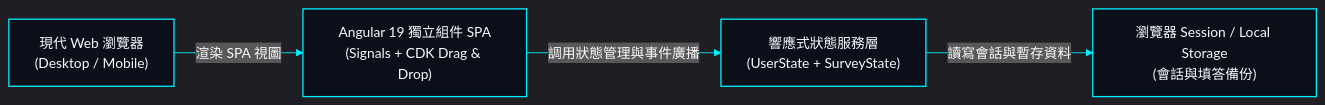
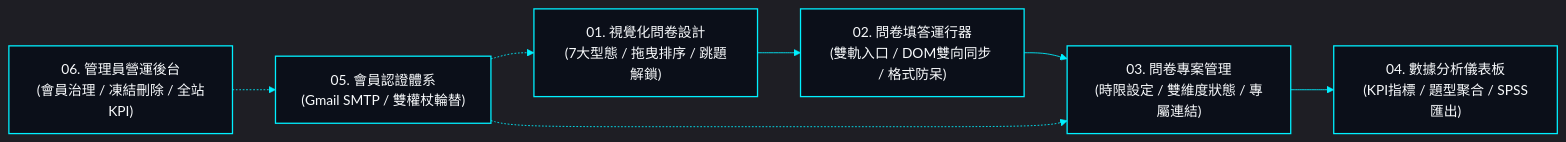
One commit to EricXJason/survey-flow changed the diagram in docs/system-design/01-overview.md. Above: the diagram before and after it, drawn with Mermaid. The commit also changed other lines of this file and 33 other files, not shown here.

````diff
--- a/docs/system-design/01-overview.md
+++ b/docs/system-design/01-overview.md
@@ -42,14 +27,17 @@
 ```mermaid
-%%{init: {'theme': 'dark', 'themeVariables': { 'darkMode': true, 'background': '#030712', 'primaryColor': '#0b0f19', 'primaryTextColor': '#f8fafc', 'primaryBorderColor': '#00f0ff', 'lineColor': '#00f0ff', 'textColor': '#f8fafc' }, 'flowchart': { 'curve': 'linear' } }}%%
+%%{init: {'theme': 'dark', 'themeVariables': { 'darkMode': true, 'background': '#030712', 'primaryColor': '#0b0f19', 'primaryTextColor': '#f8fafc', 'primaryBorderColor': '#00f0ff', 'lineColor': '#00f0ff', 'edgeLabelBackground': 'transparent', 'fontFamily': 'system-ui, sans-serif' }}}%%
 flowchart LR
     classDef hudCard fill:#0b0f19,stroke:#00f0ff,stroke-width:1.5px,color:#f8fafc,rx:0px,ry:0px;
 
-    Browser["現代 Web 瀏覽器<br/>(Desktop / Mobile)"]:::hudCard
-    SPA["Angular 19 獨立組件 SPA<br/>(Signals + CDK Drag & Drop)"]:::hudCard
-    StateLayer["響應式狀態服務層<br/>(UserState + SurveyState)"]:::hudCard
-    SessionStorageCache["瀏覽器 Session / Local Storage<br/>(會話與填答備份)"]:::hudCard
+    M1["01. 視覺化問卷設計<br/>(7大型態 / 拖曳排序 / 跳題解鎖)"]:::hudCard
+    M2["02. 問卷填答運行器<br/>(雙軌入口 / DOM雙向同步 / 格式防呆)"]:::hudCard
+    M3["03. 問卷專案管理<br/>(時限設定 / 雙維度狀態 / 專屬連結)"]:::hudCard
+    M4["04. 數據分析儀表板<br/>(KPI指標 / 題型聚合 / SPSS匯出)"]:::hudCard
+    M5["05. 會員認證體系<br/>(Gmail SMTP / 雙權杖輪替)"]:::hudCard
+    M6["06. 管理員營運後台<br/>(會員治理 / 凍結刪除 / 全站KPI)"]:::hudCard
 
-    Browser -->|"渲染 SPA 視圖"| SPA
-    SPA -->|"調用狀態管理與事件廣播"| StateLayer
-    StateLayer -->|"讀寫會話與暫存資料"| SessionStorageCache
+    M1 --> M2 --> M3 --> M4
+    M5 -.-> M1
+    M5 -.-> M3
+    M6 -.-> M5
 ```
````
